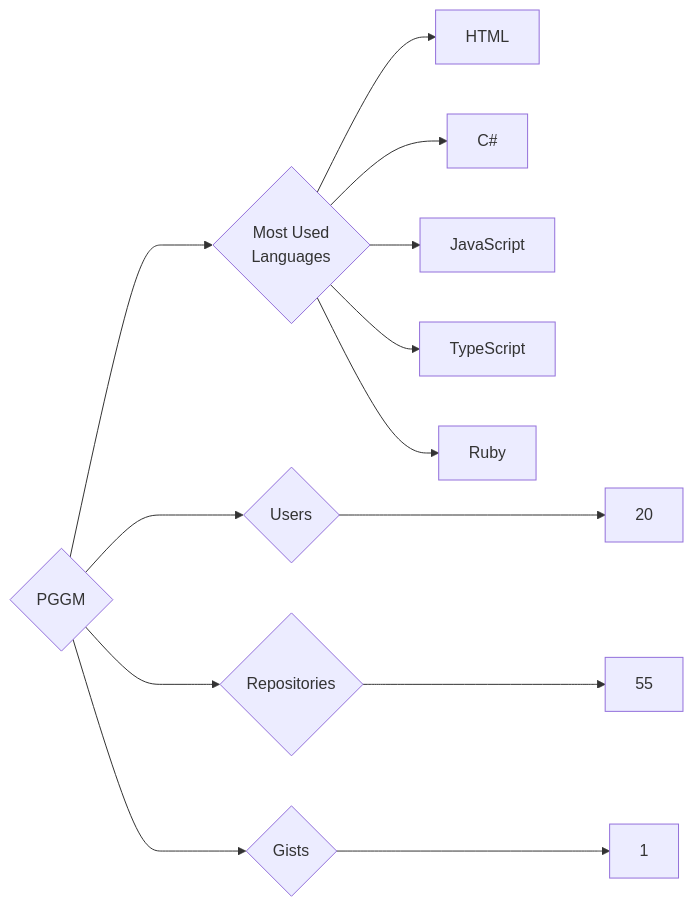
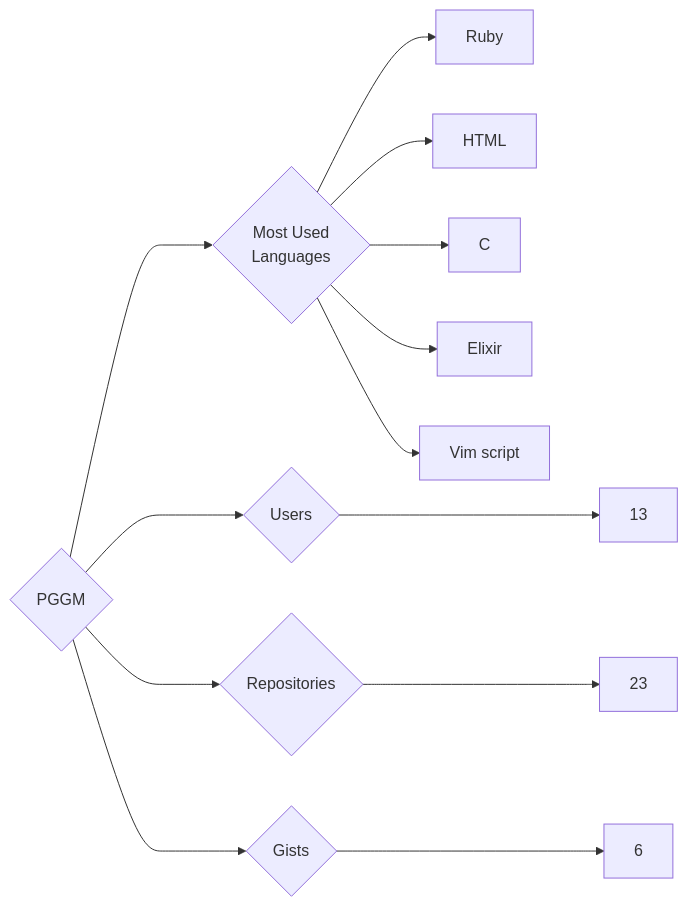
One commit to trickest/insiders changed the diagram in targets/PGGM/README.md. Above: the diagram before and after it, drawn with Mermaid. The commit also changed 948 other files, not shown here.

````diff
--- a/targets/PGGM/README.md
+++ b/targets/PGGM/README.md
@@ -3,13 +3,13 @@
 ```mermaid
 graph LR
 COMPANY_NAME{PGGM}
-COMPANY_NAME ---> U{Users} ---> UN[20]
-COMPANY_NAME ---> R{Repositories} ---> RN[55]
-COMPANY_NAME ---> G{Gists} ---> GN[1]
+COMPANY_NAME ---> U{Users} ---> UN[13]
+COMPANY_NAME ---> R{Repositories} ---> RN[23]
+COMPANY_NAME ---> G{Gists} ---> GN[6]
 COMPANY_NAME ---> ML{Most Used<br>Languages}
+ML --> Ruby[Ruby]
 ML --> HTML[HTML]
-ML --> C#[C#]
-ML --> JavaScript[JavaScript]
-ML --> TypeScript[TypeScript]
-ML --> Ruby[Ruby]
+ML --> C[C]
+ML --> Elixir[Elixir]
+ML --> Vim_script[Vim script]
 ```
````
